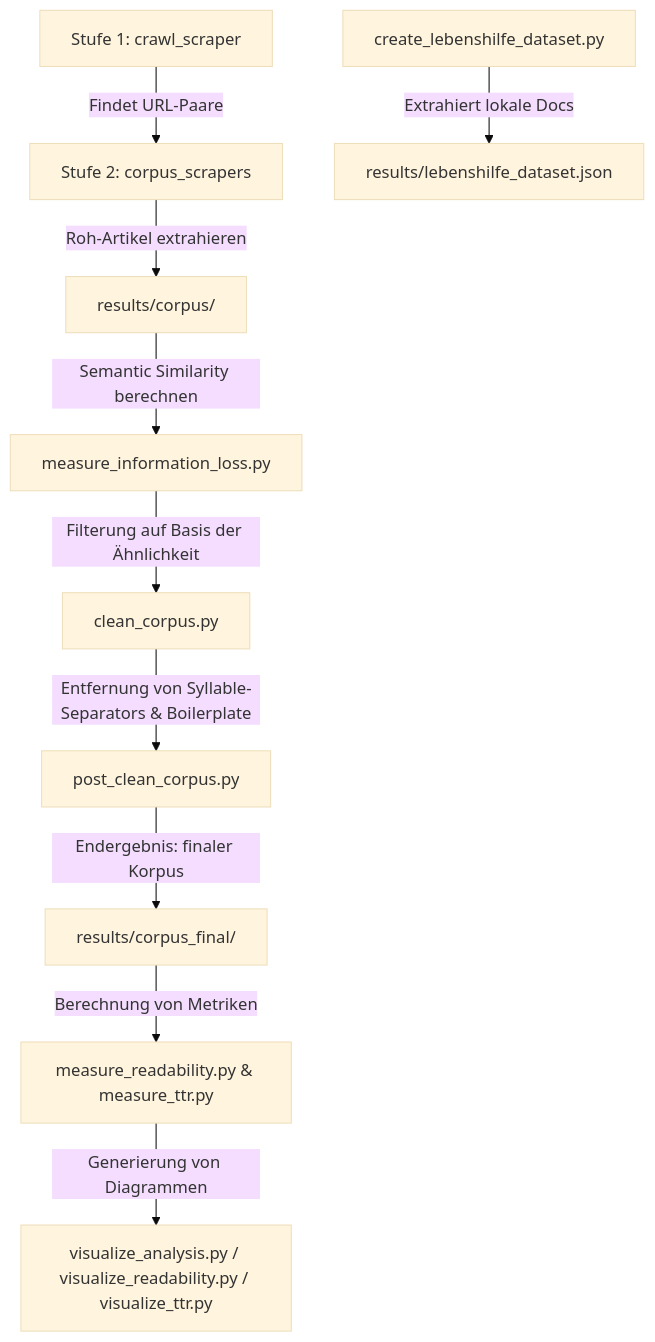
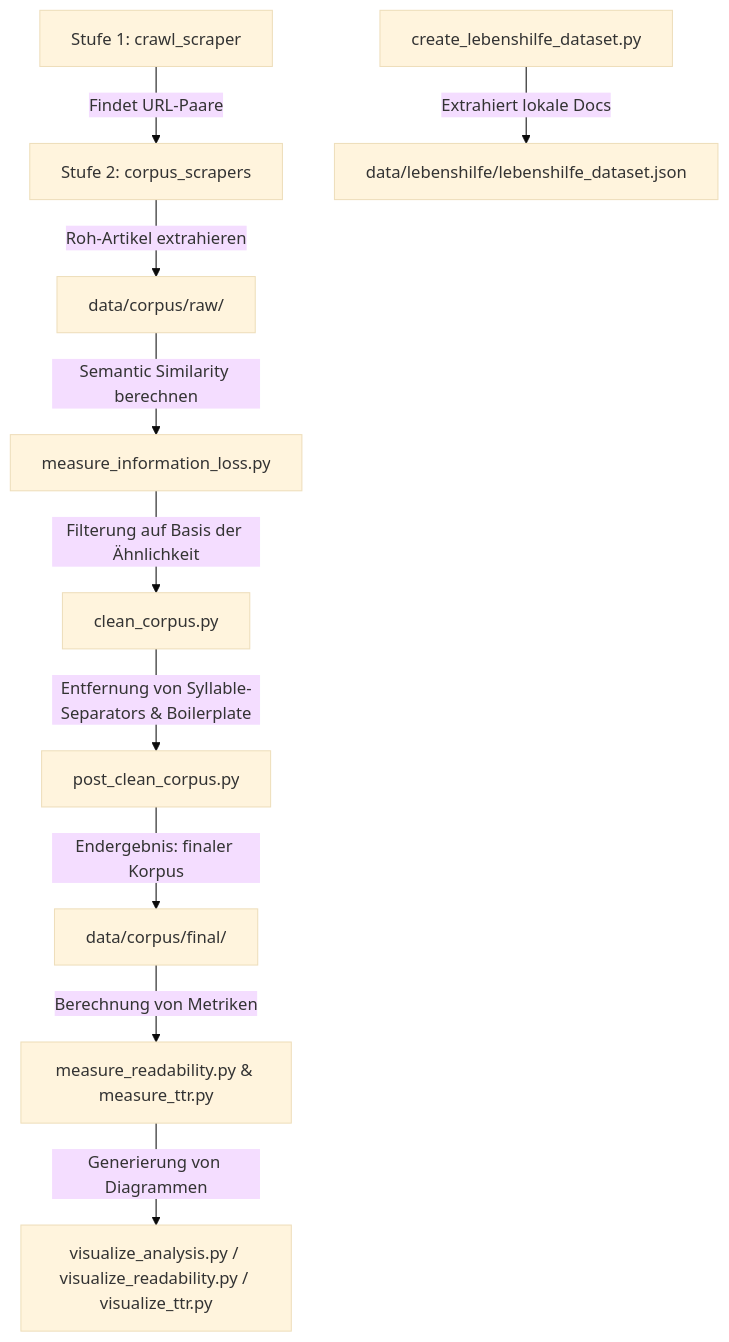
The diagram in README.md (mcfiet/master-thesis), drawn with Mermaid (base theme) before and after one commit. The commit also changed other lines of this file and 131 other files, not shown here.

Commit message:
chore: refactor corpus data structure, update Lebenshilfe text collection, and refresh mixup evaluation analysis.

````diff
--- a/README.md
+++ b/README.md
@@ -89,12 +89,12 @@
 ```mermaid
 graph TD
     A[Stufe 1: crawl_scraper] -->|Findet URL-Paare| B[Stufe 2: corpus_scrapers]
-    B -->|Roh-Artikel extrahieren| C[results/corpus/]
-    D[create_lebenshilfe_dataset.py] -->|Extrahiert lokale Docs| E[results/lebenshilfe_dataset.json]
+    B -->|Roh-Artikel extrahieren| C[data/corpus/raw/]
+    D[create_lebenshilfe_dataset.py] -->|Extrahiert lokale Docs| E[data/lebenshilfe/lebenshilfe_dataset.json]
     C -->|Semantic Similarity berechnen| F[measure_information_loss.py]
     F -->|Filterung auf Basis der Ähnlichkeit| G[clean_corpus.py]
     G -->|Entfernung von Syllable-Separators & Boilerplate| H[post_clean_corpus.py]
-    H -->|Endergebnis: finaler Korpus| I[results/corpus_final/]
+    H -->|Endergebnis: finaler Korpus| I[data/corpus/final/]
     I -->|Berechnung von Metriken| J[measure_readability.py & measure_ttr.py]
     J -->|Generierung von Diagrammen| K[visualize_analysis.py / visualize_readability.py / visualize_ttr.py]
 ```
````
